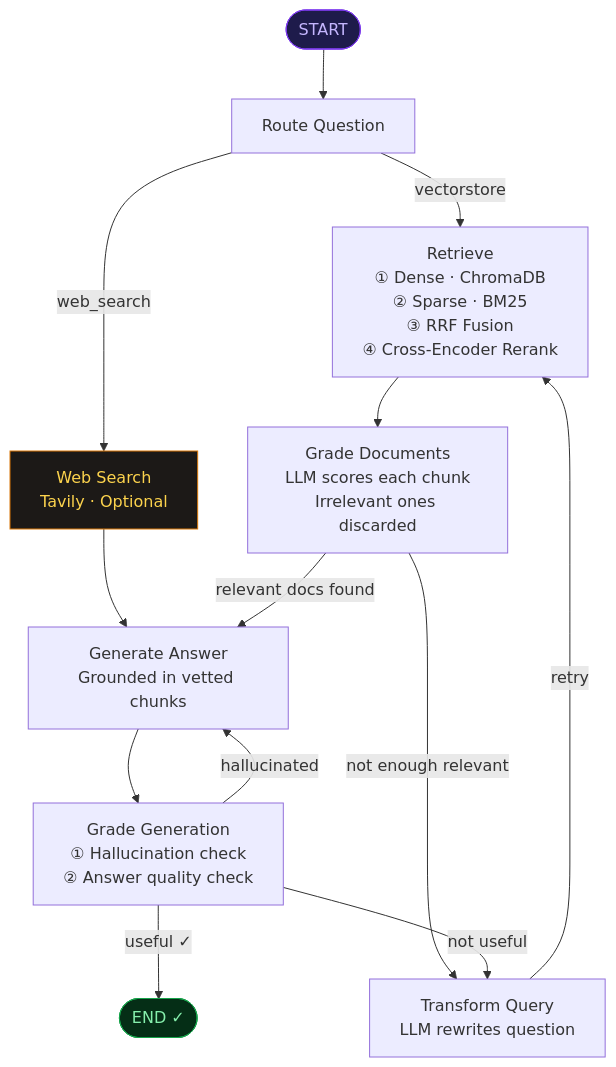
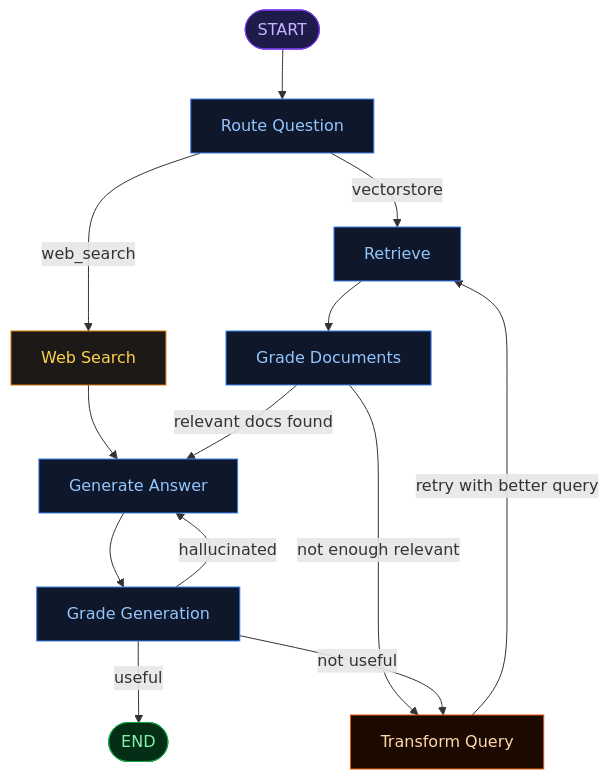
The diagram in README.md (neo-bumblebee-ai/agentic-rag-langgraph), drawn with Mermaid before and after one commit.

Commit message:
fix(docs): simplify Mermaid diagram — short labels, no text overflow
Multi-line node labels clip in GitHub's narrow Mermaid container.
Replaced with single-line labels and added colour-coded node styles
so the flow is clear without relying on text inside boxes.

````diff
--- a/README.md
+++ b/README.md
@@ -58,25 +58,31 @@
 ```mermaid
 flowchart TD
     S([START]) --> RQ[Route Question]
 
-    RQ -->|vectorstore| RT["Retrieve<br/>① Dense · ChromaDB<br/>② Sparse · BM25<br/>③ RRF Fusion<br/>④ Cross-Encoder Rerank"]
-    RQ -->|web_search| WS["Web Search<br/>Tavily · Optional"]
+    RQ -->|vectorstore| RT[Retrieve]
+    RQ -->|web_search| WS[Web Search]
 
-    RT --> GD["Grade Documents<br/>LLM scores each chunk<br/>Irrelevant ones discarded"]
+    RT --> GD[Grade Documents]
     WS --> GEN
 
-    GD -->|relevant docs found| GEN["Generate Answer<br/>Grounded in vetted chunks"]
-    GD -->|not enough relevant| TQ["Transform Query<br/>LLM rewrites question"]
+    GD -->|relevant docs found| GEN[Generate Answer]
+    GD -->|not enough relevant| TQ[Transform Query]
 
-    TQ -->|retry| RT
+    TQ -->|retry with better query| RT
 
-    GEN --> GG["Grade Generation<br/>① Hallucination check<br/>② Answer quality check"]
+    GEN --> GG[Grade Generation]
 
-    GG -->|useful ✓| E([END ✓])
+    GG -->|useful| E([END])
     GG -->|hallucinated| GEN
     GG -->|not useful| TQ
 
-    style S fill:#1e1b4b,stroke:#7c3aed,color:#c4b5fd
-    style E fill:#052e16,stroke:#16a34a,color:#86efac
+    style S  fill:#1e1b4b,stroke:#7c3aed,color:#c4b5fd
+    style E  fill:#052e16,stroke:#16a34a,color:#86efac
     style WS fill:#1c1917,stroke:#d97706,color:#fcd34d
+    style RQ fill:#0f172a,stroke:#3b82f6,color:#93c5fd
+    style RT fill:#0f172a,stroke:#3b82f6,color:#93c5fd
+    style GD fill:#0f172a,stroke:#3b82f6,color:#93c5fd
+    style GEN fill:#0f172a,stroke:#3b82f6,color:#93c5fd
+    style GG fill:#0f172a,stroke:#3b82f6,color:#93c5fd
+    style TQ fill:#1c0a00,stroke:#ea580c,color:#fed7aa
 ```
````
